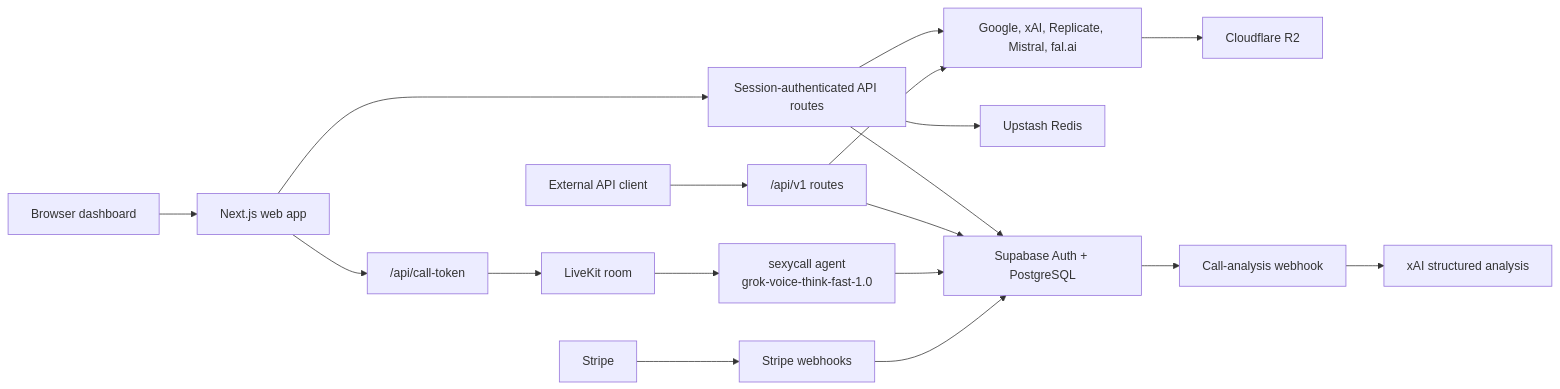
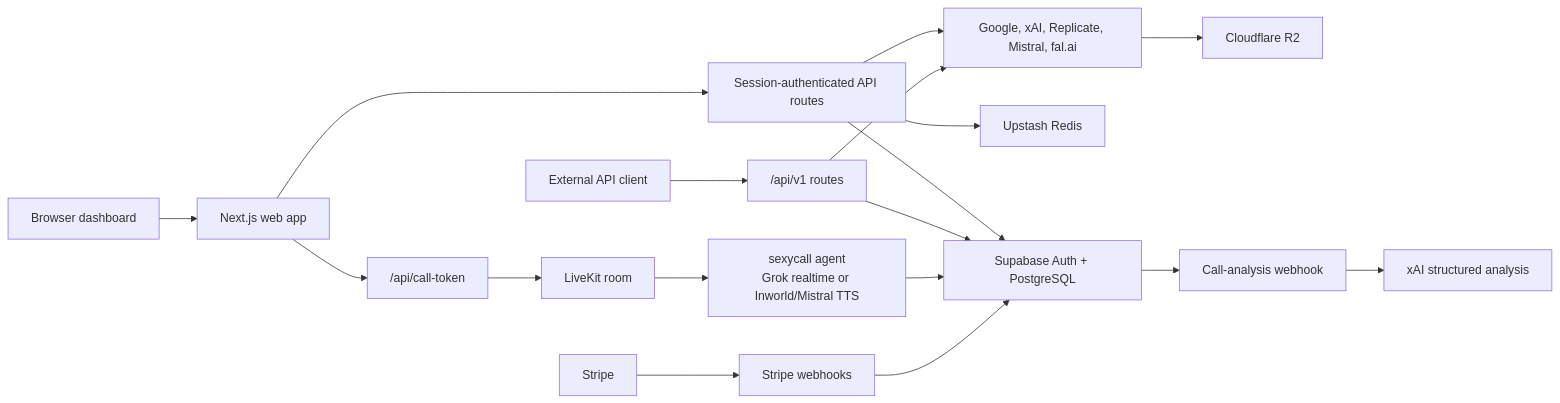
The first of 5 diagrams in ARCHITECTURE.md (gianpaj/sexyvoice), drawn with Mermaid before and after one commit. The commit also changed other lines of this file and 230 other files, not shown here.

First line of the commit message:
Add in world tts cloning and expressive voice demos (#650)

````diff
--- a/ARCHITECTURE.md
+++ b/ARCHITECTURE.md
@@ -13,20 +13,20 @@
 ```mermaid
 flowchart LR
     Browser["Browser dashboard"] --> Web["Next.js web app"]
     Client["External API client"] --> V1["/api/v1 routes"]
     Web --> SessionRoutes["Session-authenticated API routes"]
     Web --> Token["/api/call-token"]
     SessionRoutes --> Providers["Google, xAI, Replicate, Mistral, fal.ai"]
     V1 --> Providers
     SessionRoutes --> Redis["Upstash Redis"]
     Providers --> R2["Cloudflare R2"]
     SessionRoutes --> Supabase["Supabase Auth + PostgreSQL"]
     V1 --> Supabase
     Token --> LiveKit["LiveKit room"]
-    LiveKit --> Agent["sexycall agent<br/>grok-voice-think-fast-1.0"]
+    LiveKit --> Agent["sexycall agent<br/>Grok realtime or Inworld/Mistral TTS"]
     Agent --> Supabase
     Supabase --> Analysis["Call-analysis webhook"]
     Analysis --> XAI["xAI structured analysis"]
     Stripe["Stripe"] --> Webhooks["Stripe webhooks"]
     Webhooks --> Supabase
 ```
````
